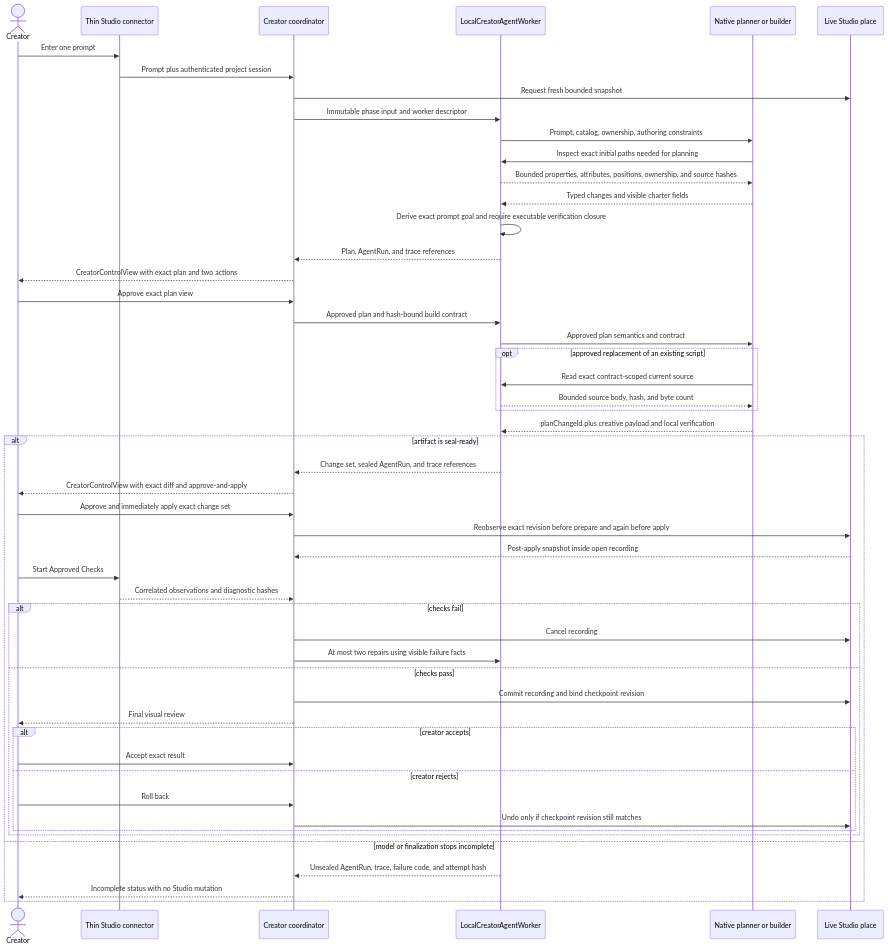
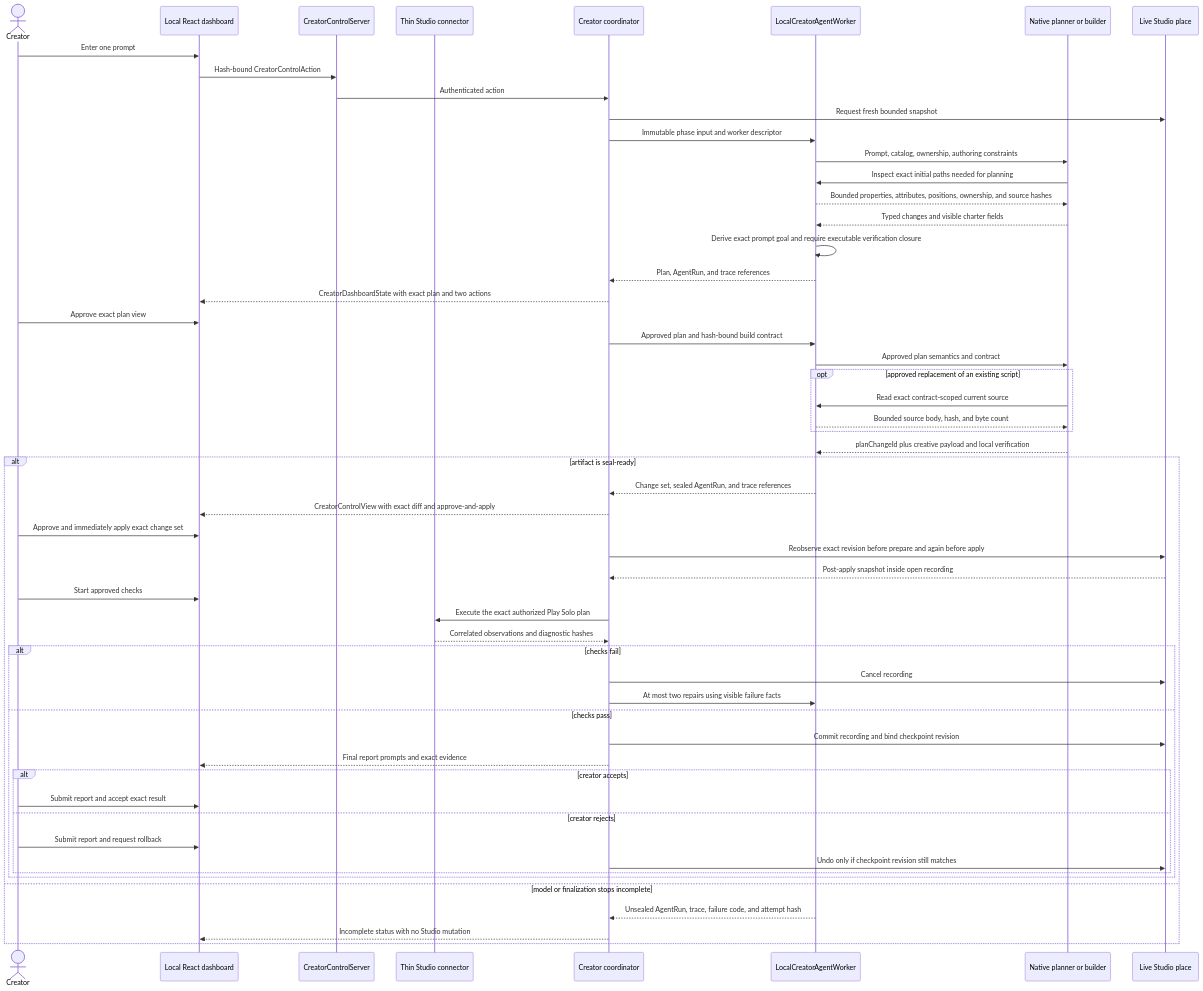
Before and after one commit to mawawdi/forge: the second of 3 diagrams in docs/ARCHITECTURE.md, drawn with Mermaid. The commit also changed other lines of this file and 54 other files, not shown here.

Commit message:
Refine Forge runtime and evaluation architecture

````diff
--- a/docs/ARCHITECTURE.md
+++ b/docs/ARCHITECTURE.md
@@ -78,54 +84,58 @@
 ```mermaid
 sequenceDiagram
     actor Creator
+    participant Dashboard as Local React dashboard
+    participant Control as CreatorControlServer
     participant Plugin as Thin Studio connector
     participant Forge as Creator coordinator
     participant Worker as LocalCreatorAgentWorker
     participant Model as Native planner or builder
     participant Studio as Live Studio place
 
-    Creator->>Plugin: Enter one prompt
-    Plugin->>Forge: Prompt plus authenticated project session
+    Creator->>Dashboard: Enter one prompt
+    Dashboard->>Control: Hash-bound CreatorControlAction
+    Control->>Forge: Authenticated action
     Forge->>Studio: Request fresh bounded snapshot
     Forge->>Worker: Immutable phase input and worker descriptor
     Worker->>Model: Prompt, catalog, ownership, authoring constraints
     Model->>Worker: Inspect exact initial paths needed for planning
     Worker-->>Model: Bounded properties, attributes, positions, ownership, and source hashes
     Model-->>Worker: Typed changes and visible charter fields
     Worker->>Worker: Derive exact prompt goal and require executable verification closure
     Worker-->>Forge: Plan, AgentRun, and trace references
-    Forge-->>Creator: CreatorControlView with exact plan and two actions
-    Creator->>Forge: Approve exact plan view
+    Forge-->>Dashboard: CreatorDashboardState with exact plan and two actions
+    Creator->>Dashboard: Approve exact plan view
     Forge->>Worker: Approved plan and hash-bound build contract
     Worker->>Model: Approved plan semantics and contract
     opt approved replacement of an existing script
         Model->>Worker: Read exact contract-scoped current source
         Worker-->>Model: Bounded source body, hash, and byte count
     end
     Model-->>Worker: planChangeId plus creative payload and local verification
     alt artifact is seal-ready
         Worker-->>Forge: Change set, sealed AgentRun, and trace references
-        Forge-->>Creator: CreatorControlView with exact diff and approve-and-apply
-        Creator->>Forge: Approve and immediately apply exact change set
+        Forge-->>Dashboard: CreatorControlView with exact diff and approve-and-apply
+        Creator->>Dashboard: Approve and immediately apply exact change set
         Forge->>Studio: Reobserve exact revision before prepare and again before apply
         Studio-->>Forge: Post-apply snapshot inside open recording
-        Creator->>Plugin: Start Approved Checks
+        Creator->>Dashboard: Start approved checks
+        Forge->>Plugin: Execute the exact authorized Play Solo plan
         Plugin-->>Forge: Correlated observations and diagnostic hashes
         alt checks fail
             Forge->>Studio: Cancel recording
             Forge->>Worker: At most two repairs using visible failure facts
         else checks pass
             Forge->>Studio: Commit recording and bind checkpoint revision
-            Forge-->>Creator: Final visual review
+            Forge-->>Dashboard: Final report prompts and exact evidence
             alt creator accepts
-                Creator->>Forge: Accept exact result
+                Creator->>Dashboard: Submit report and accept exact result
             else creator rejects
-                Creator->>Forge: Roll back
+                Creator->>Dashboard: Submit report and request rollback
                 Forge->>Studio: Undo only if checkpoint revision still matches
             end
         end
     else model or finalization stops incomplete
         Worker-->>Forge: Unsealed AgentRun, trace, failure code, and attempt hash
-        Forge-->>Creator: Incomplete status with no Studio mutation
+        Forge-->>Dashboard: Incomplete status with no Studio mutation
     end
 ```
````
